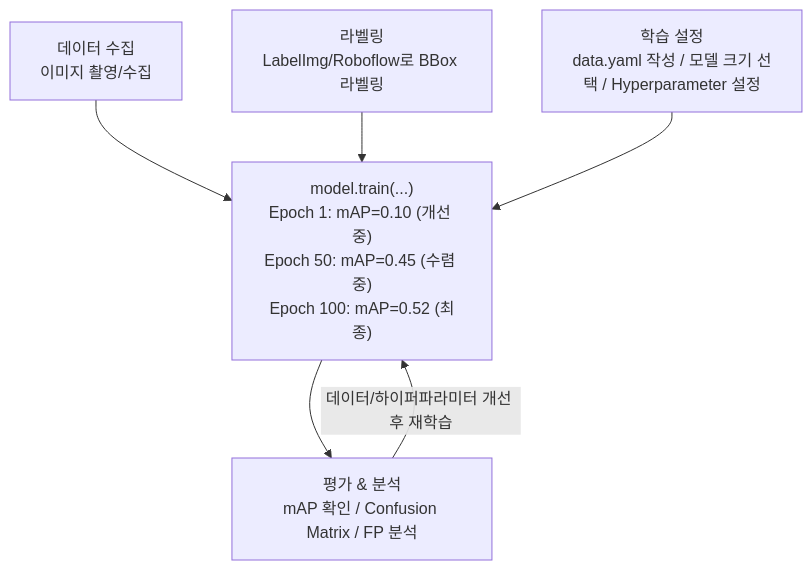
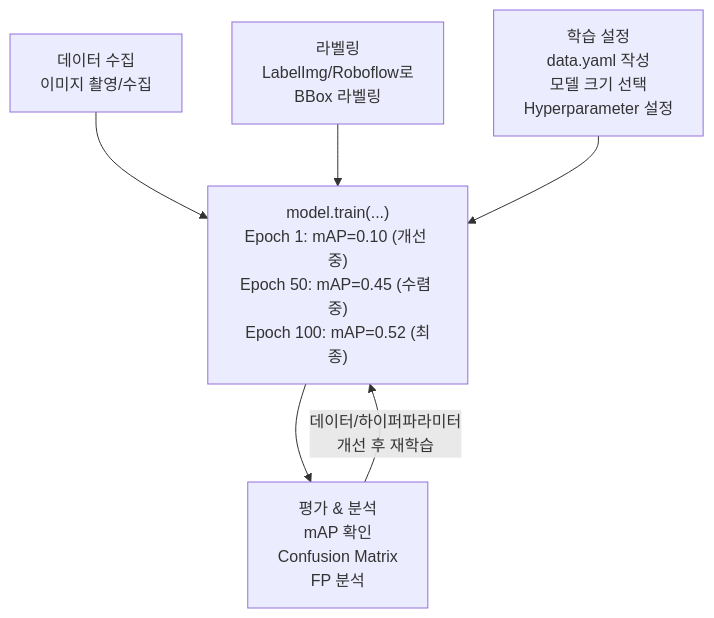
One commit to tylee-yeonge/physical-ai-study changed the diagram in Studies/Phase 3/week4/README.md. Above: the diagram before and after it, drawn with Mermaid. The commit also changed 1 other file, not shown here.

Commit message:
docs: split long mermaid Korean labels to prevent clipping

````diff
--- a/Studies/Phase 3/week4/README.md
+++ b/Studies/Phase 3/week4/README.md
@@ -528,9 +528,9 @@
 ```mermaid
 flowchart TD
     A["데이터 수집<br/>이미지 촬영/수집"] --> T
-    B["라벨링<br/>LabelImg/Roboflow로 BBox 라벨링"] --> T
-    C["학습 설정<br/>data.yaml 작성 / 모델 크기 선택 / Hyperparameter 설정"] --> T
+    B["라벨링<br/>LabelImg/Roboflow로<br/>BBox 라벨링"] --> T
+    C["학습 설정<br/>data.yaml 작성<br/>모델 크기 선택<br/>Hyperparameter 설정"] --> T
     T["model.train(...)<br/>Epoch 1: mAP=0.10 (개선 중)<br/>Epoch 50: mAP=0.45 (수렴 중)<br/>Epoch 100: mAP=0.52 (최종)"]
-    T --> E["평가 & 분석<br/>mAP 확인 / Confusion Matrix / FP 분석"]
-    E -->|"데이터/하이퍼파라미터 개선 후 재학습"| T
+    T --> E["평가 & 분석<br/>mAP 확인<br/>Confusion Matrix<br/>FP 분석"]
+    E -->|"데이터/하이퍼파라미터<br/>개선 후 재학습"| T
 ```
````
